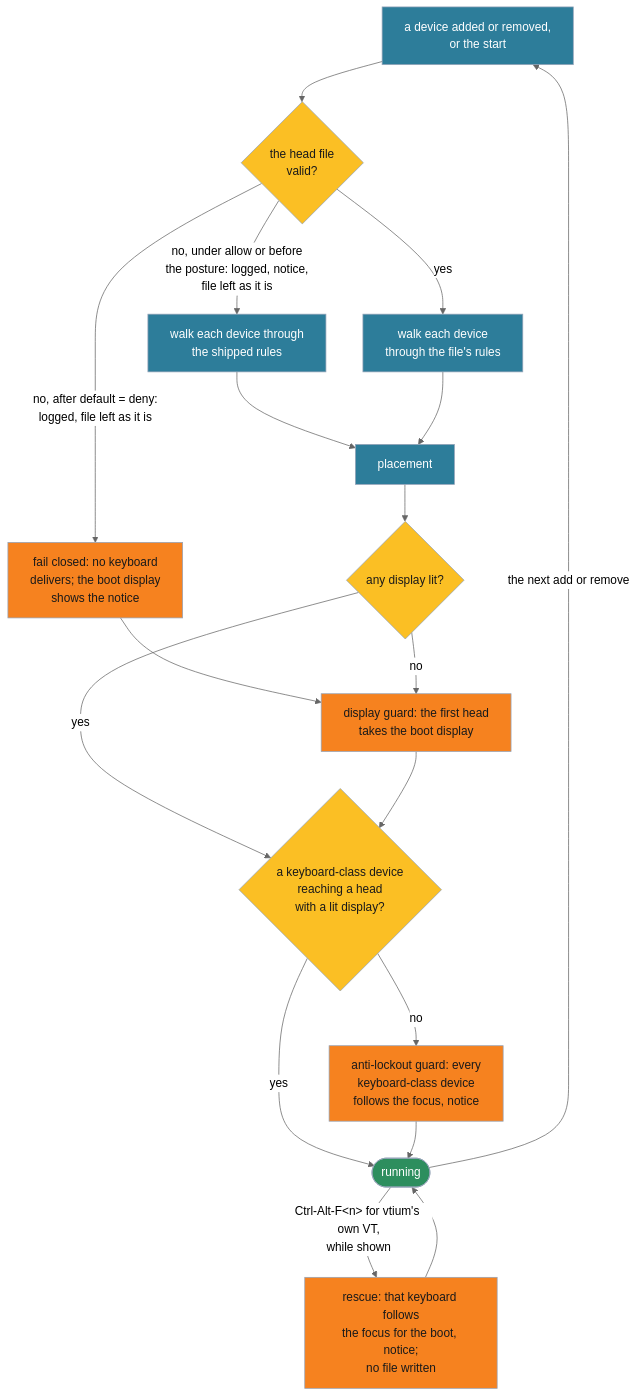
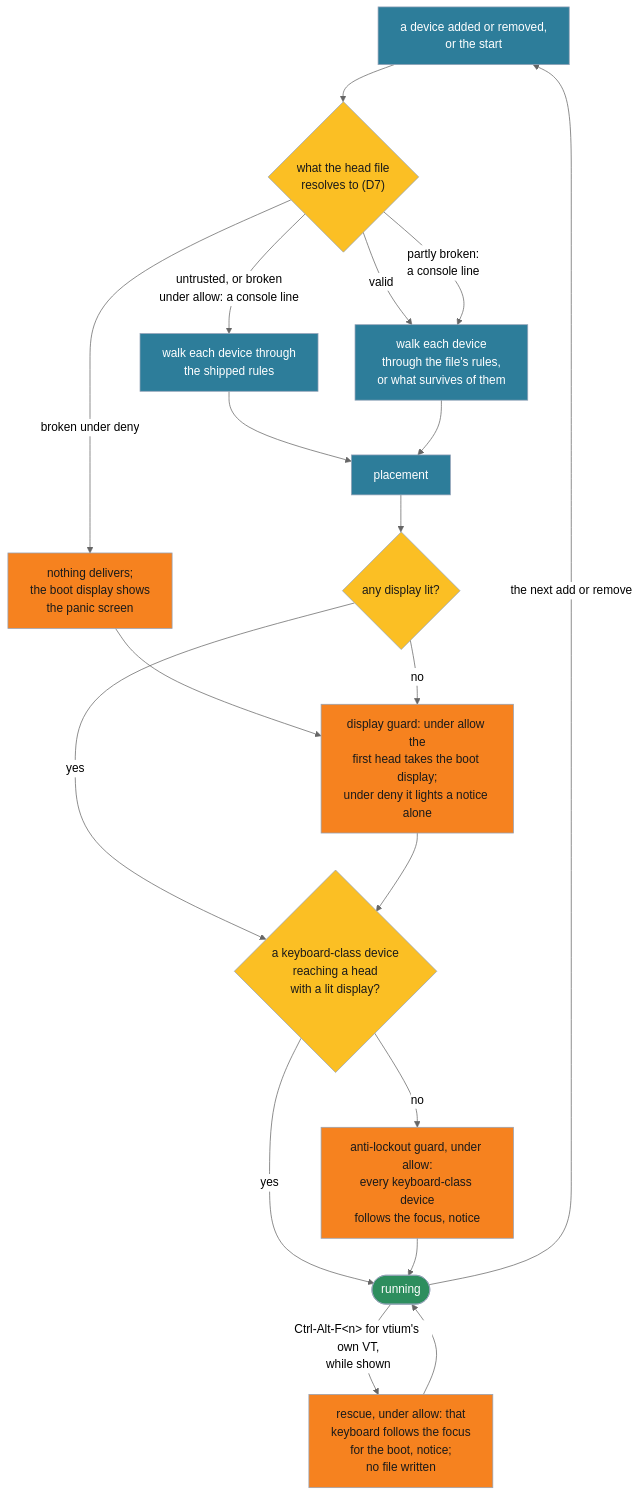
One commit to vtium/vtium changed the fourth of 5 diagrams in docs/architecture/platform/ADR-1401-heads-a-terminal-per-physical-display-placed-by-a-first-match-ruleset.md. Above: the diagram before and after it, drawn with Mermaid (neutral theme). The commit also changed other lines of this file and 4 other files, not shown here.

````diff
--- a/docs/architecture/platform/ADR-1401-heads-a-terminal-per-physical-display-placed-by-a-first-match-ruleset.md
+++ b/docs/architecture/platform/ADR-1401-heads-a-terminal-per-physical-display-placed-by-a-first-match-ruleset.md
@@ -646,29 +697,30 @@
 ```mermaid
 flowchart TD
-    EV["a device added or removed,<br>or the start"] --> VALID{"the head file<br>valid?"}
-    VALID -->|"yes"| EVAL["walk each device<br>through the file's rules"]
-    VALID -->|"no, under allow or before<br>the posture: logged, notice,<br>file left as it is"| SHIP["walk each device through<br>the shipped rules"]
-    VALID -->|"no, after default = deny:<br>logged, file left as it is"| CLOSED["fail closed: no keyboard<br>delivers; the boot display<br>shows the notice"]
+    EV["a device added or removed,<br>or the start"] --> VALID{"what the head file<br>resolves to (D7)"}
+    VALID -->|"valid"| EVAL["walk each device<br>through the file's rules,<br>or what survives of them"]
+    VALID -->|"untrusted, or broken<br>under allow: a console line"| SHIP["walk each device through<br>the shipped rules"]
+    VALID -->|"partly broken:<br>a console line"| EVAL
+    VALID -->|"broken under deny"| CLOSED["nothing delivers;<br>the boot display shows<br>the panic screen"]
     CLOSED --> NZ
     SHIP --> EVAL2["placement"]
     EVAL --> EVAL2
     EVAL2 --> LIT{"any display lit?"}
-    LIT -->|"no"| NZ["display guard: the first head<br>takes the boot display"]
+    LIT -->|"no"| NZ["display guard: under allow the<br>first head takes the boot display;<br>under deny it lights a notice alone"]
     LIT -->|"yes"| KB
     NZ --> KB{"a keyboard-class device<br>reaching a head<br>with a lit display?"}
-    KB -->|"no"| AL["anti-lockout guard: every<br>keyboard-class device<br>follows the focus, notice"]
+    KB -->|"no"| AL["anti-lockout guard, under allow:<br>every keyboard-class device<br>follows the focus, notice"]
     KB -->|"yes"| RUN(["running"])
     AL --> RUN
-    RUN -->|"Ctrl-Alt-F&lt;n&gt; for vtium's own VT,<br>while shown"| RES["rescue: that keyboard follows<br>the focus for the boot, notice;<br>no file written"]
+    RUN -->|"Ctrl-Alt-F&lt;n&gt; for vtium's own VT,<br>while shown"| RES["rescue, under allow: that<br>keyboard follows the focus<br>for the boot, notice;<br>no file written"]
     RES --> RUN
     RUN -->|"the next add or remove"| EV
     classDef step fill:#2d7d9a,color:#ffffff,stroke:#94a3b8
     classDef check fill:#fbbf24,color:#1a1a1a,stroke:#94a3b8
     classDef guard fill:#f6821f,color:#1a1a1a,stroke:#94a3b8
     classDef done fill:#2d8e5e,color:#ffffff,stroke:#94a3b8
     class EV,EVAL,SHIP,EVAL2 step
     class CLOSED guard
     class VALID,LIT,KB check
     class NZ,AL,RES guard
     class RUN done
 ```
````
